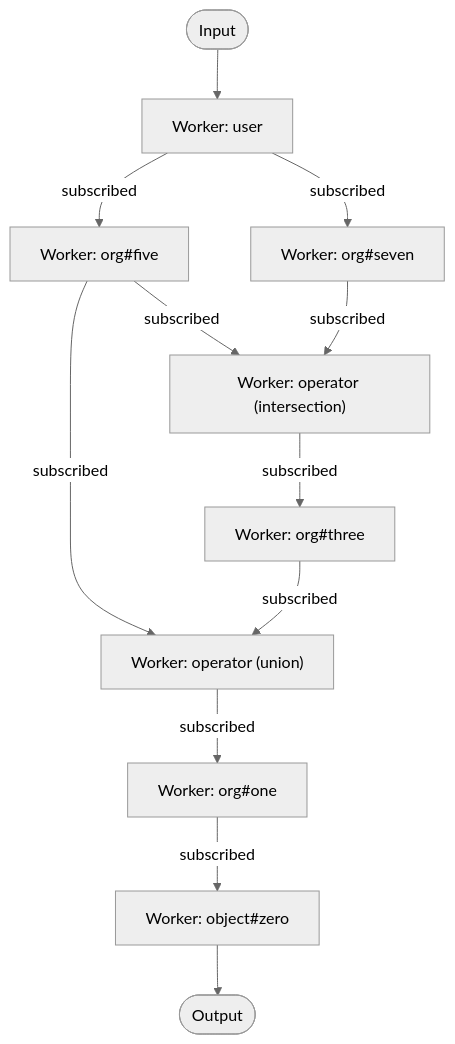
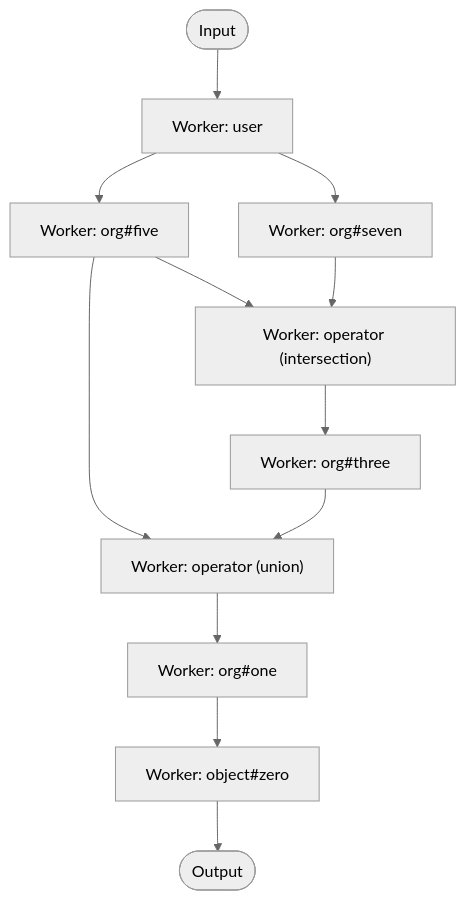
The diagram in docs/list_objects/pipeline/README.md (openfga/openfga), drawn with Mermaid (neutral theme) before and after one commit.

Commit message:
chore: remove subscribed from graph

````diff
--- a/docs/list_objects/pipeline/README.md
+++ b/docs/list_objects/pipeline/README.md
@@ -73,21 +73,21 @@
 ```mermaid
 graph TB
   id1([Input]) --> U["Worker: user"]
 
-  U -->|subscribed| O5["Worker: org#five"]
-  U -->|subscribed| O7["Worker: org#seven"]
+  U --> O5["Worker: org#five"]
+  U --> O7["Worker: org#seven"]
 
-  O5 -->|subscribed| OpI["Worker: operator (intersection)"]
-  O7 -->|subscribed| OpI
+  O5 --> OpI["Worker: operator (intersection)"]
+  O7 --> OpI
 
-  O5 -->|subscribed| OpU["Worker: operator (union)"]
-  O3["Worker: org#three"] -->|subscribed| OpU
+  O5 --> OpU["Worker: operator (union)"]
+  O3["Worker: org#three"] --> OpU
 
-  OpI -->|subscribed| O3
+  OpI --> O3
 
-  OpU -->|subscribed| O1["Worker: org#one"]
+  OpU --> O1["Worker: org#one"]
 
-  O1 -->|subscribed| O0["Worker: object#zero"]
+  O1 --> O0["Worker: object#zero"]
 
   O0 --> id2([Output])
 ```
````
